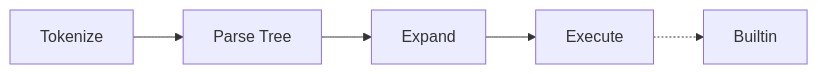
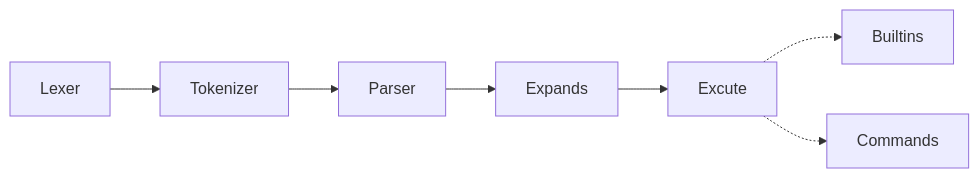
Before and after one commit to shelldivers/minishell: the second of 2 diagrams in README.md, drawn with Mermaid. The commit also changed other lines of this file and 1 other file, not shown here.

````diff
--- a/README.md
+++ b/README.md
@@ -49,7 +59,7 @@
 ```mermaid
 flowchart LR
-A[Tokenize]-->B[Parse Tree]-->C[Expand]-->D[Execute]
-D-.->Z[Builtin]
-
+A[Lexer]-->B[Tokenizer]-->C[Parser]-->D[Expands]-->E[Excute]
+E-.->Z[Builtins]
+E-.->X[Commands]
 
 ```
````
